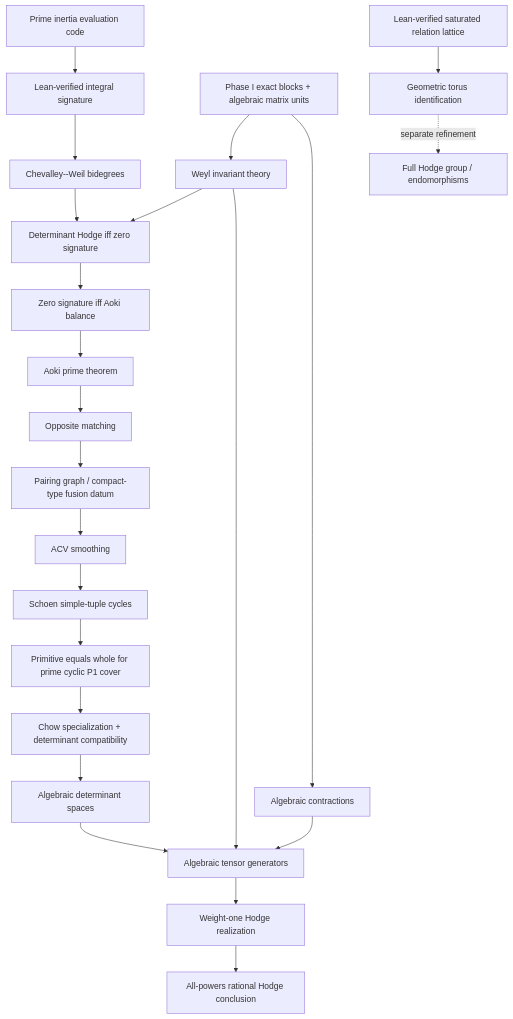
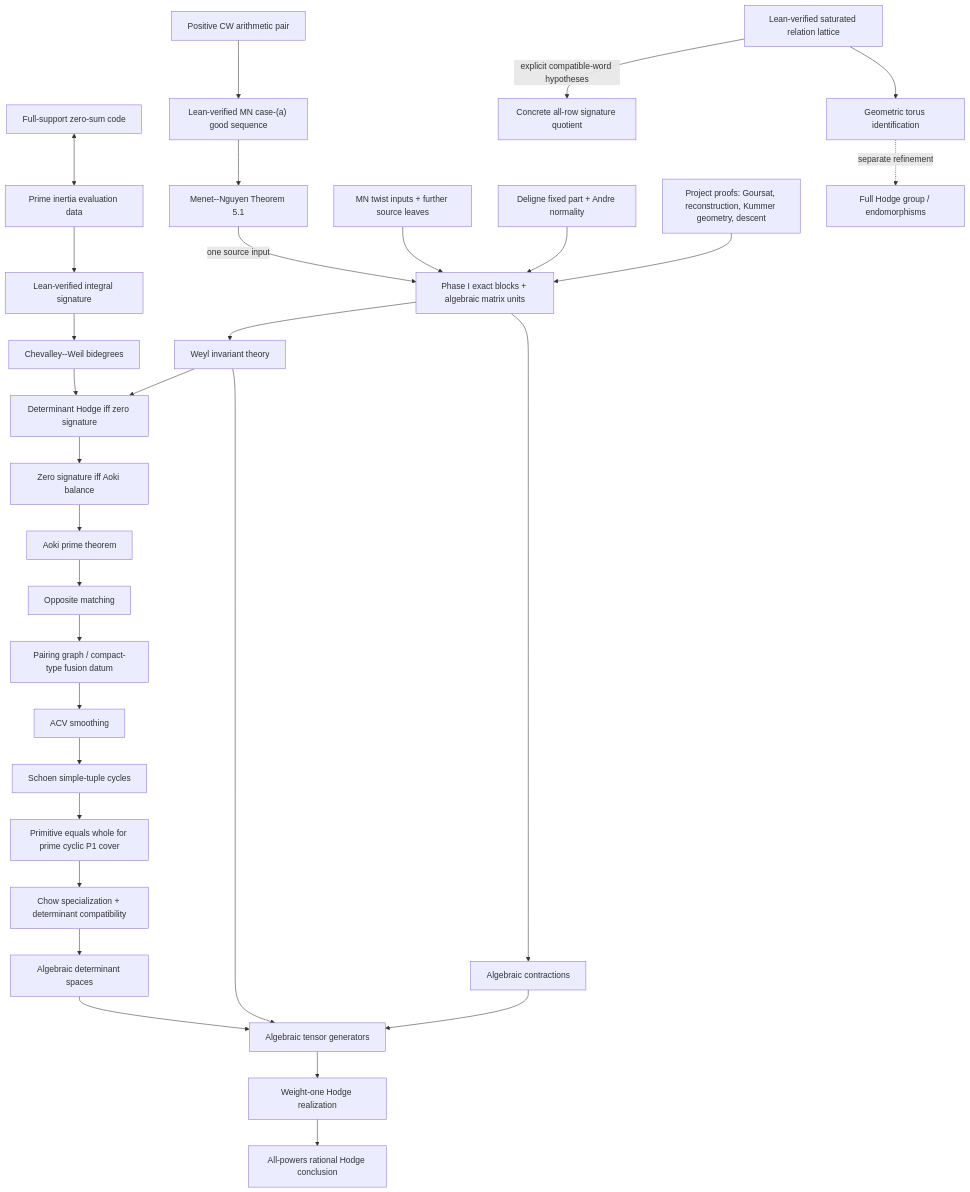
One commit to KyleJKistner/abelian-cover-hodge-lean changed the diagram in docs/DEPENDENCIES.md. Above: the diagram before and after it, drawn with Mermaid. The commit also changed other lines of this file and 21 other files, not shown here.

````diff
--- a/docs/DEPENDENCIES.md
+++ b/docs/DEPENDENCIES.md
@@ -7,26 +8,34 @@
 ```mermaid
 flowchart TD
-  BD["Prime inertia evaluation code"] --> A["Lean-verified integral signature"]
+  CODE["Full-support zero-sum code"] <--> BD["Prime inertia evaluation data"]
+  BD --> A["Lean-verified integral signature"]
+  POS["Positive CW arithmetic pair"] --> GOOD["Lean-verified MN case-(a) good sequence"]
+  GOOD --> MN["Menet--Nguyen Theorem 5.1"]
+  MN -->|"one source input"| P1
+  TW["MN twist inputs + further source leaves"] --> P1
+  DEL["Deligne fixed part + Andre normality"] --> P1
+  PM["Project proofs: Goursat, reconstruction, Kummer geometry, descent"] --> P1
   A --> CW["Chevalley--Weil bidegrees"]
   P1["Phase I exact blocks + algebraic matrix units"] --> FFT["Weyl invariant theory"]
   CW --> ZS["Determinant Hodge iff zero signature"]
   FFT --> ZS
   ZS --> BAL["Zero signature iff Aoki balance"]
   BAL --> AO["Aoki prime theorem"]
   AO --> PAIR["Opposite matching"]
   PAIR --> FUS["Pairing graph / compact-type fusion datum"]
   FUS --> ACV["ACV smoothing"]
   ACV --> SCH["Schoen simple-tuple cycles"]
   SCH --> PW["Primitive equals whole for prime cyclic P1 cover"]
   PW --> SP["Chow specialization + determinant compatibility"]
   SP --> DET["Algebraic determinant spaces"]
   P1 --> CON["Algebraic contractions"]
   FFT --> GEN["Algebraic tensor generators"]
   DET --> GEN
   CON --> GEN
   GEN --> HR["Weight-one Hodge realization"]
   HR --> GOAL["All-powers rational Hodge conclusion"]
 
-  LAT["Lean-verified saturated relation lattice"] --> TOR["Geometric torus identification"]
+  LAT["Lean-verified saturated relation lattice"] -->|"explicit compatible-word hypotheses"| ASIG["Concrete all-row signature quotient"]
+  LAT --> TOR["Geometric torus identification"]
   TOR -. "separate refinement" .-> FULL["Full Hodge group / endomorphisms"]
 ```
````
